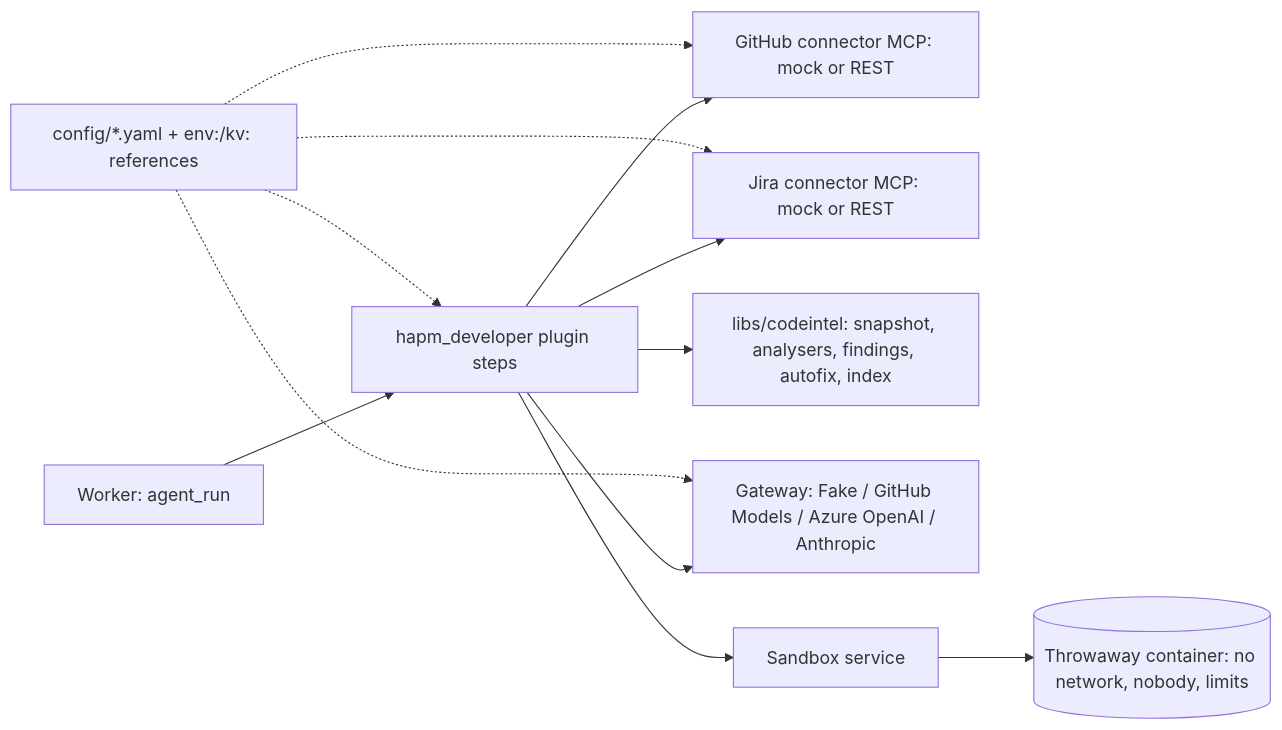
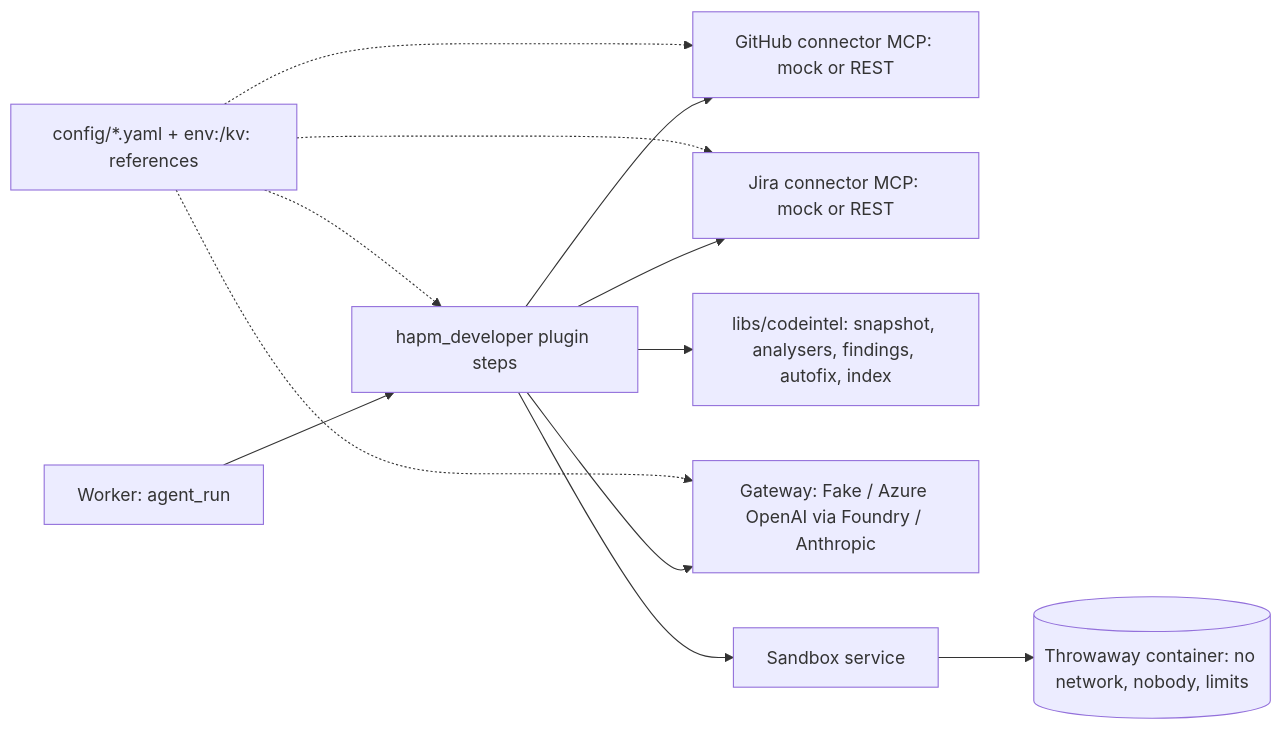
One commit to Gandreddi/hapm changed the fifth of 7 diagrams in docs/architecture.md. Above: the diagram before and after it, drawn with Mermaid. The commit also changed other lines of this file and 5 other files, not shown here.

First line of the commit message:
docs(sentinel): guide, architecture, runbook, progress and known issues for Phase 2

````diff
--- a/docs/architecture.md
+++ b/docs/architecture.md
@@ -146,11 +146,11 @@
 ```mermaid
 flowchart LR
   W[Worker: agent_run] --> DEV[hapm_developer plugin steps]
   DEV --> GH[GitHub connector MCP: mock or REST]
   DEV --> JI[Jira connector MCP: mock or REST]
   DEV --> CI[libs/codeintel: snapshot, analysers, findings, autofix, index]
-  DEV --> GW[Gateway: Fake / GitHub Models / Azure OpenAI / Anthropic]
+  DEV --> GW[Gateway: Fake / Azure OpenAI via Foundry / Anthropic]
   DEV --> SB[Sandbox service]
   SB --> D[(Throwaway container: no network, nobody, limits)]
   CFG[config/*.yaml + env:/kv: references] -.-> GH & JI & DEV & GW
 ```
````
